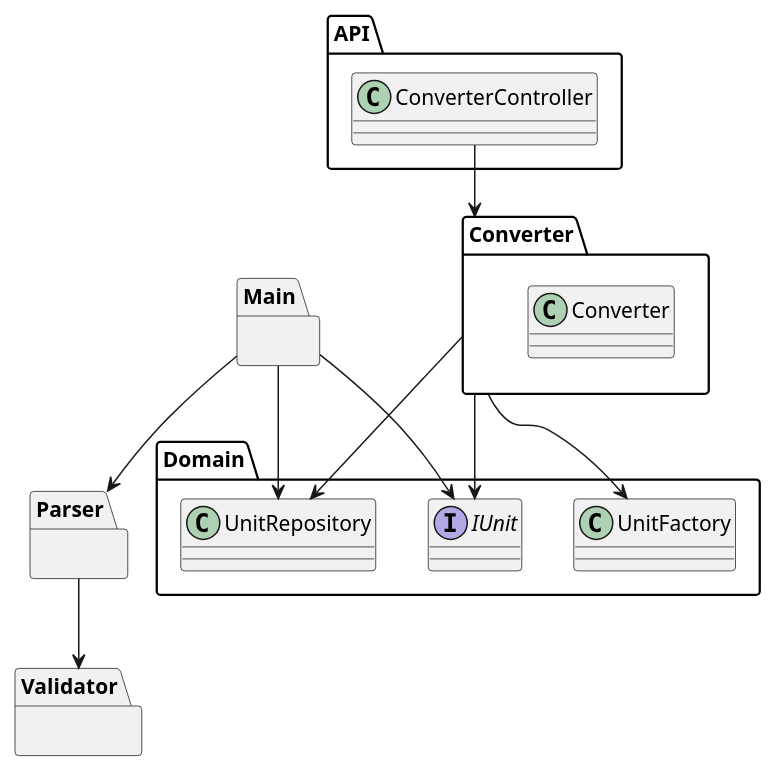
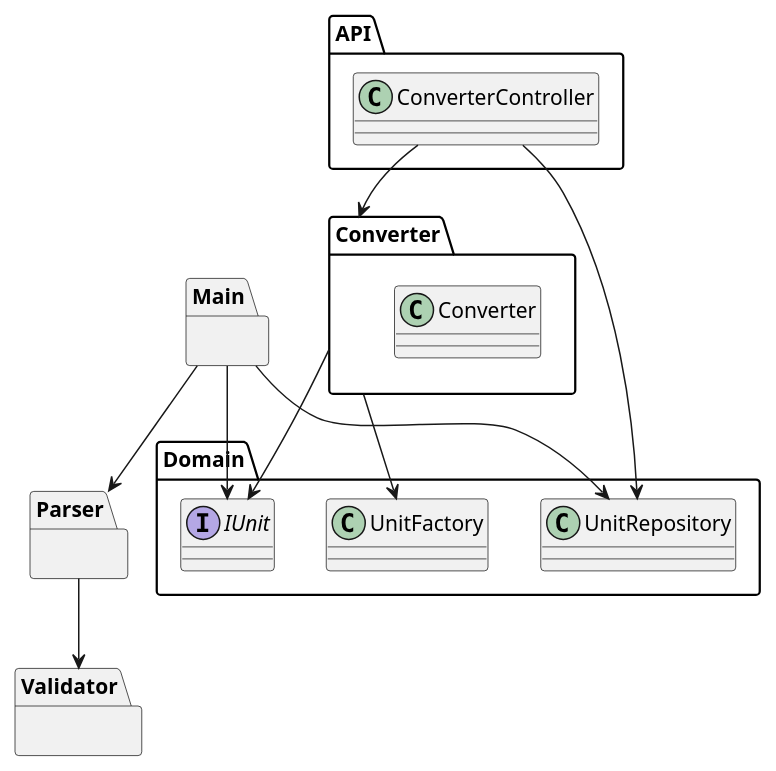
Before and after one commit to heig-vkaelin/ikt300-project: the diagram in docs/uml-module.plantuml, drawn with PlantUML. The commit also changed 3 other files, not shown here.

Commit message:
Add method for UnitRepository

```diff
--- a/docs/uml-module.plantuml
+++ b/docs/uml-module.plantuml
@@ -1,29 +1,28 @@
 @startuml uml-module-diagram
 package "API" {
   class ConverterController
 }
 package "Main" {}
 package "Converter" {
   class Converter
 }
 package "Parser" {}
 package "Validator" {}
 package "Domain" {
   interface IUnit
   class UnitFactory
-
   class UnitRepository
 }
 
 
 ConverterController --> Converter
+ConverterController --> UnitRepository
 Converter --> IUnit
 Converter --> UnitFactory
-Converter --> UnitRepository
 
 Main --> IUnit
 Main --> Parser
 Main --> UnitRepository
 Parser --> Validator
 
 @enduml
```
